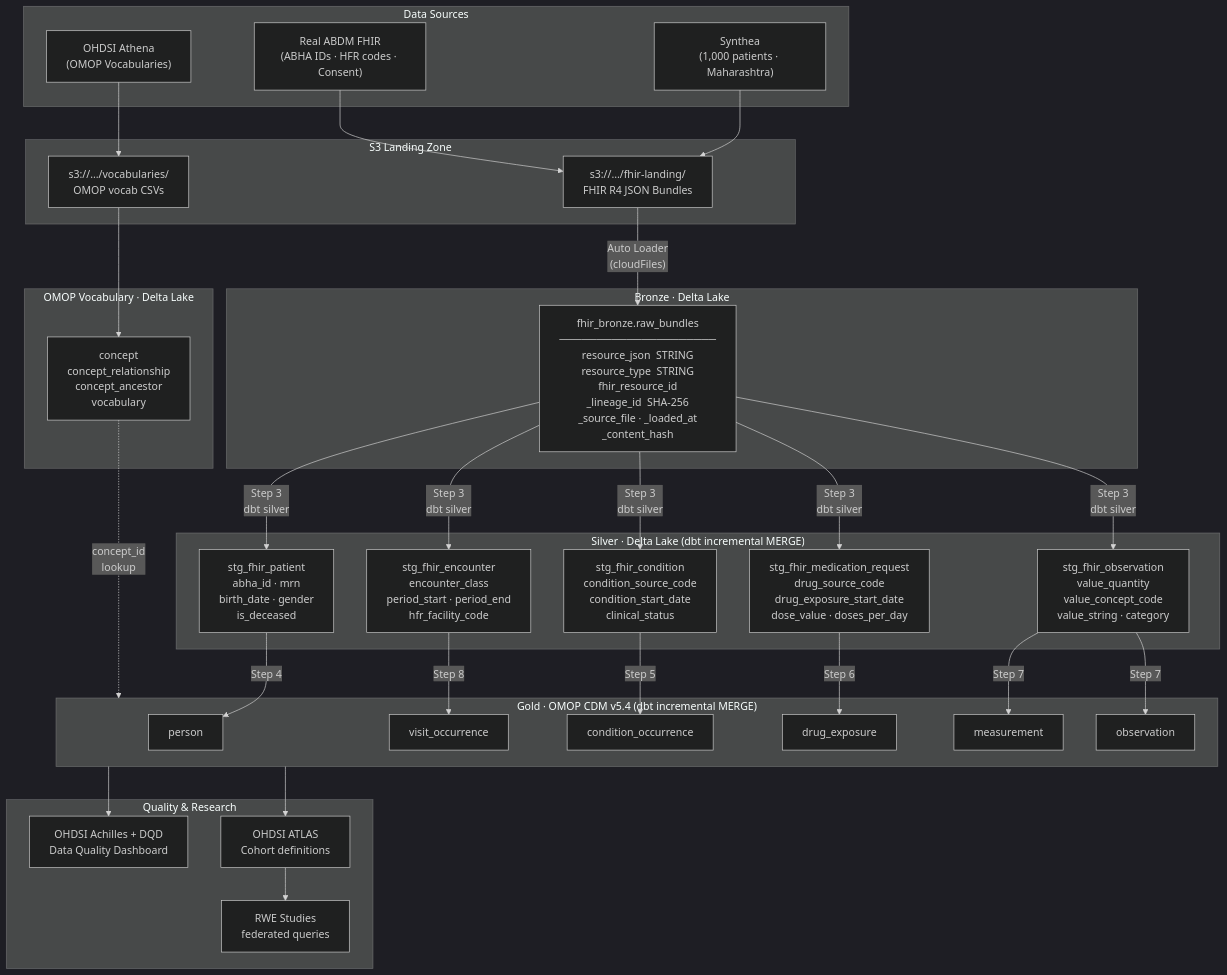
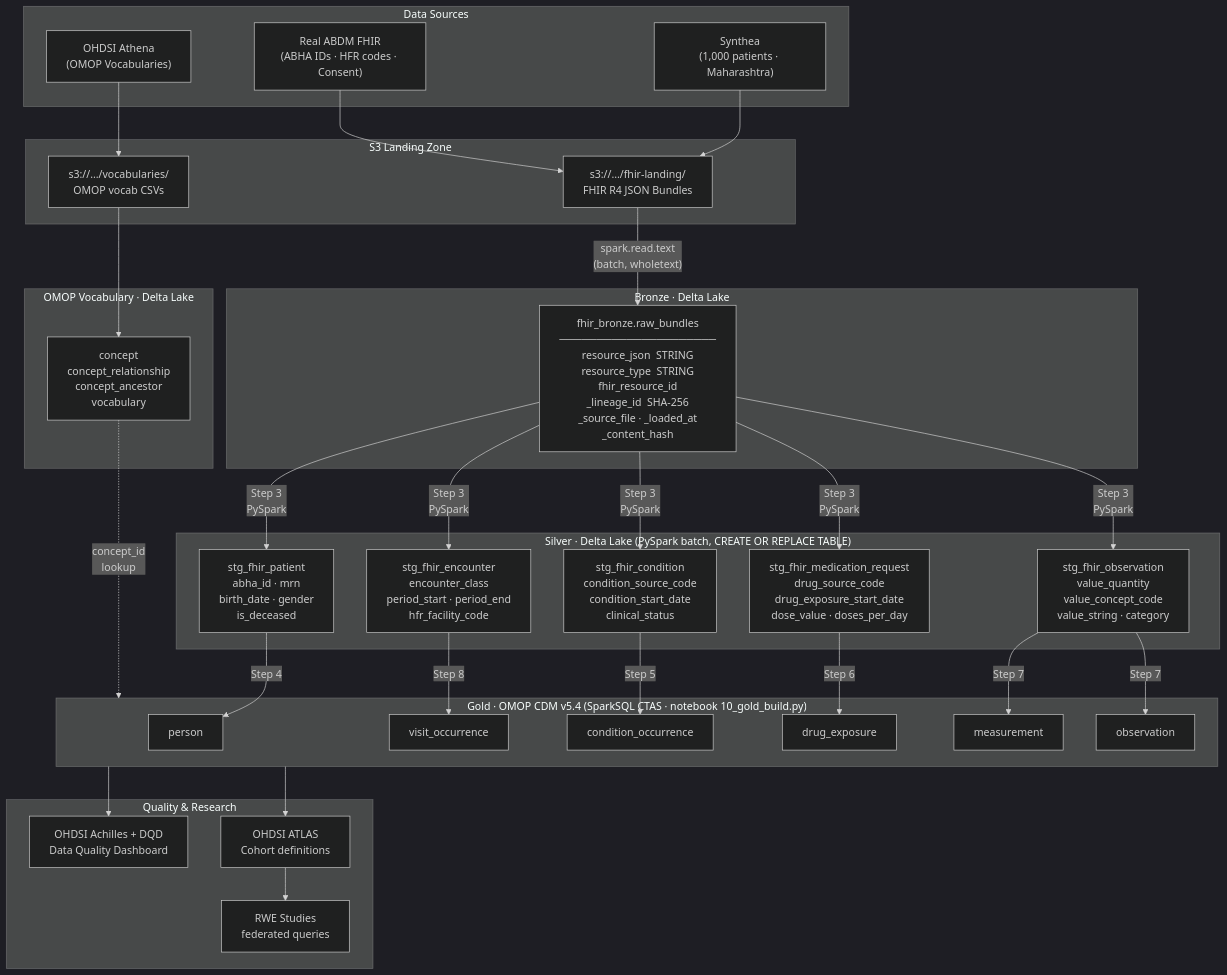
The first of 2 diagrams in docs/architecture.md (chetanya/fhir-omop-project), drawn with Mermaid (dark theme) before and after one commit. The commit also changed other lines of this file and 6 other files, not shown here.

````diff
--- a/docs/architecture.md
+++ b/docs/architecture.md
@@ -5,71 +5,71 @@
 ```mermaid
 flowchart TD
     %% ── Data Sources ──────────────────────────────────────────────
     subgraph SRC["Data Sources"]
         SYNTHEA["Synthea\n(1,000 patients · Maharashtra)"]
         ABDM["Real ABDM FHIR\n(ABHA IDs · HFR codes · Consent)"]
         ATHENA["OHDSI Athena\n(OMOP Vocabularies)"]
     end
 
     %% ── Landing ───────────────────────────────────────────────────
     subgraph LAND["S3 Landing Zone"]
         S3F["s3://…/fhir-landing/\nFHIR R4 JSON Bundles"]
         S3V["s3://…/vocabularies/\nOMOP vocab CSVs"]
     end
 
     %% ── Bronze ────────────────────────────────────────────────────
     subgraph BRZ["Bronze · Delta Lake"]
         BR["fhir_bronze.raw_bundles\n─────────────────────\nresource_json  STRING\nresource_type  STRING\nfhir_resource_id\n_lineage_id  SHA-256\n_source_file · _loaded_at\n_content_hash"]
     end
 
     %% ── Silver ────────────────────────────────────────────────────
-    subgraph SLV["Silver · Delta Lake  (dbt incremental MERGE)"]
+    subgraph SLV["Silver · Delta Lake  (PySpark batch, CREATE OR REPLACE TABLE)"]
         SP["stg_fhir_patient\nabha_id · mrn\nbirth_date · gender\nis_deceased"]
         SC["stg_fhir_condition\ncondition_source_code\ncondition_start_date\nclinical_status"]
         SM["stg_fhir_medication_request\ndrug_source_code\ndrug_exposure_start_date\ndose_value · doses_per_day"]
         SO["stg_fhir_observation\nvalue_quantity\nvalue_concept_code\nvalue_string · category"]
         SE["stg_fhir_encounter\nencounter_class\nperiod_start · period_end\nhfr_facility_code"]
     end
 
     %% ── Vocabulary ─────────────────────────────────────────────────
     subgraph VOC["OMOP Vocabulary · Delta Lake"]
         VC["concept\nconcept_relationship\nconcept_ancestor\nvocabulary"]
     end
 
     %% ── Gold / OMOP ───────────────────────────────────────────────
-    subgraph GLD["Gold · OMOP CDM v5.4  (dbt incremental MERGE)"]
+    subgraph GLD["Gold · OMOP CDM v5.4  (SparkSQL CTAS · notebook 10_gold_build.py)"]
         OP["person"]
         OVO["visit_occurrence"]
         OCO["condition_occurrence"]
         ODE["drug_exposure"]
         OM["measurement"]
         OOB["observation"]
     end
 
     %% ── Quality & Research ─────────────────────────────────────────
     subgraph OUT["Quality & Research"]
         DQD["OHDSI Achilles + DQD\nData Quality Dashboard"]
         ATLAS["OHDSI ATLAS\nCohort definitions"]
         RWE["RWE Studies\nfederated queries"]
     end
 
     %% ── Flow ───────────────────────────────────────────────────────
     SYNTHEA & ABDM --> S3F
     ATHENA --> S3V
 
-    S3F -- "Auto Loader\n(cloudFiles)" --> BR
+    S3F -- "spark.read.text\n(batch, wholetext)" --> BR
     S3V --> VC
 
-    BR -- "Step 3\ndbt silver" --> SP & SC & SM & SO & SE
+    BR -- "Step 3\nPySpark" --> SP & SC & SM & SO & SE
 
     SP -- "Step 4" --> OP
     SE -- "Step 8" --> OVO
     SC -- "Step 5" --> OCO
     SM -- "Step 6" --> ODE
     SO -- "Step 7" --> OM & OOB
 
     VC -. "concept_id\nlookup" .-> GLD
 
     GLD --> DQD
     GLD --> ATLAS --> RWE
 ```
````
